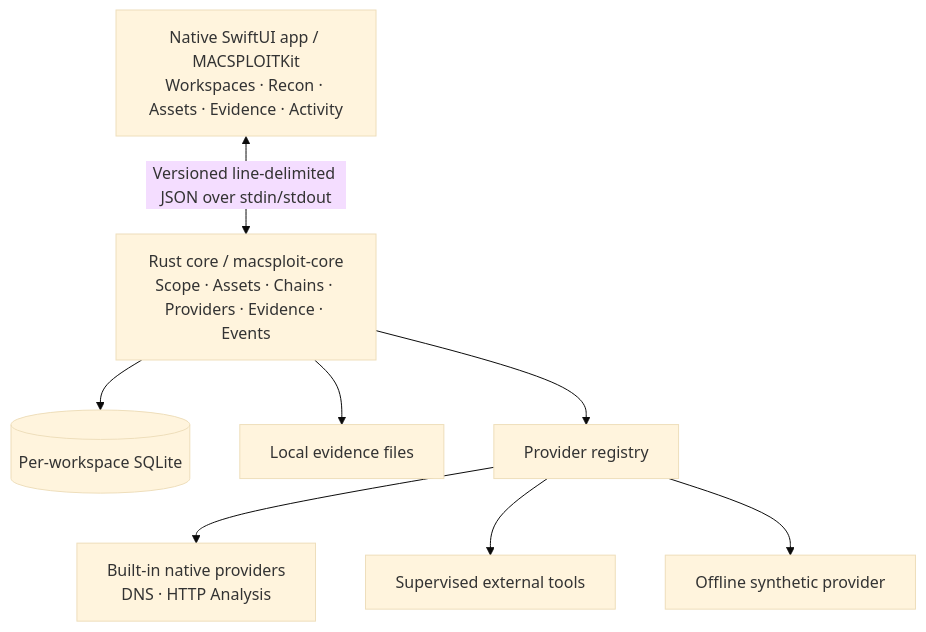
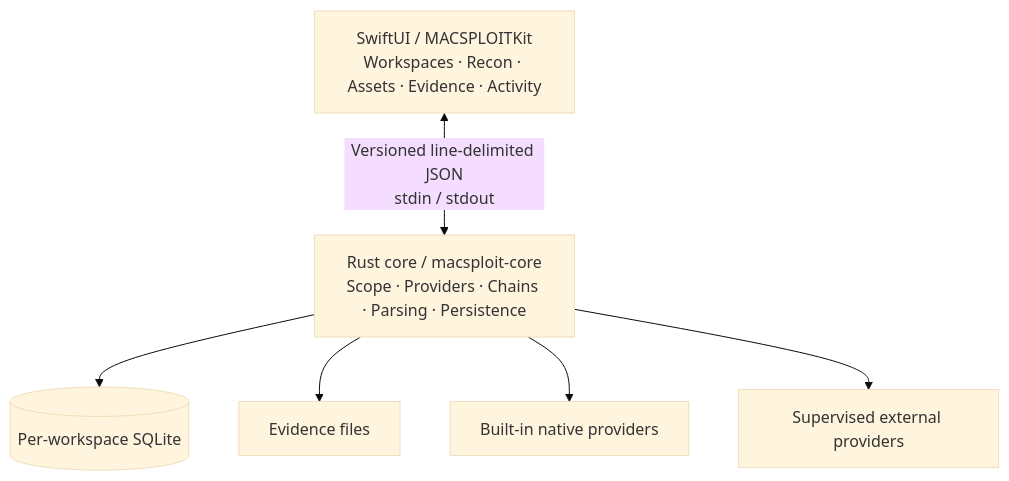
The second of 2 diagrams in README.md (doctordoomies/MACSPLOIT), drawn with Mermaid (base theme) before and after one commit. The commit also changed other lines of this file, not shown here.

````diff
--- a/README.md
+++ b/README.md
@@ -188,12 +183,10 @@
 ```mermaid
 flowchart TD
-    UI["Native SwiftUI app / MACSPLOITKit<br/>Workspaces · Recon · Assets · Evidence · Activity"]
-    CORE["Rust core / macsploit-core<br/>Scope · Assets · Chains · Providers · Evidence · Events"]
-    UI <-->|"Versioned line-delimited JSON over stdin/stdout"| CORE
+    UI["SwiftUI / MACSPLOITKit<br/>Workspaces · Recon · Assets · Evidence · Activity"]
+    CORE["Rust core / macsploit-core<br/>Scope · Providers · Chains · Parsing · Persistence"]
+    UI <-->|"Versioned line-delimited JSON<br/>stdin / stdout"| CORE
     CORE --> DB[(Per-workspace SQLite)]
-    CORE --> FILES[Local evidence files]
-    CORE --> PROVIDERS[Provider registry]
-    PROVIDERS --> N[Built-in native providers<br/>DNS · HTTP Analysis]
-    PROVIDERS --> X[Supervised external tools]
-    PROVIDERS --> S[Offline synthetic provider]
+    CORE --> EV[Evidence files]
+    CORE --> NP[Built-in native providers]
+    CORE --> EP[Supervised external providers]
 ```
````
